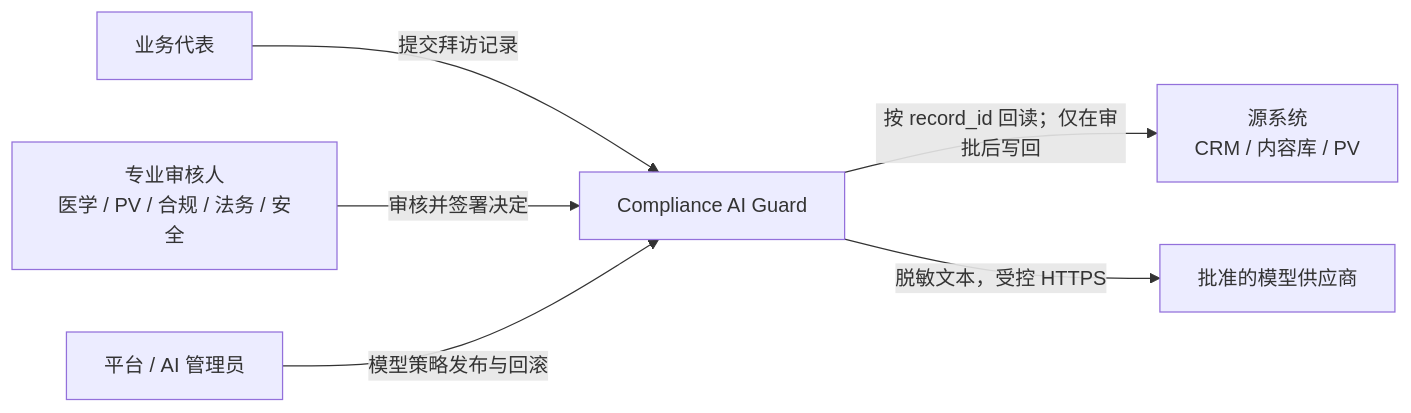
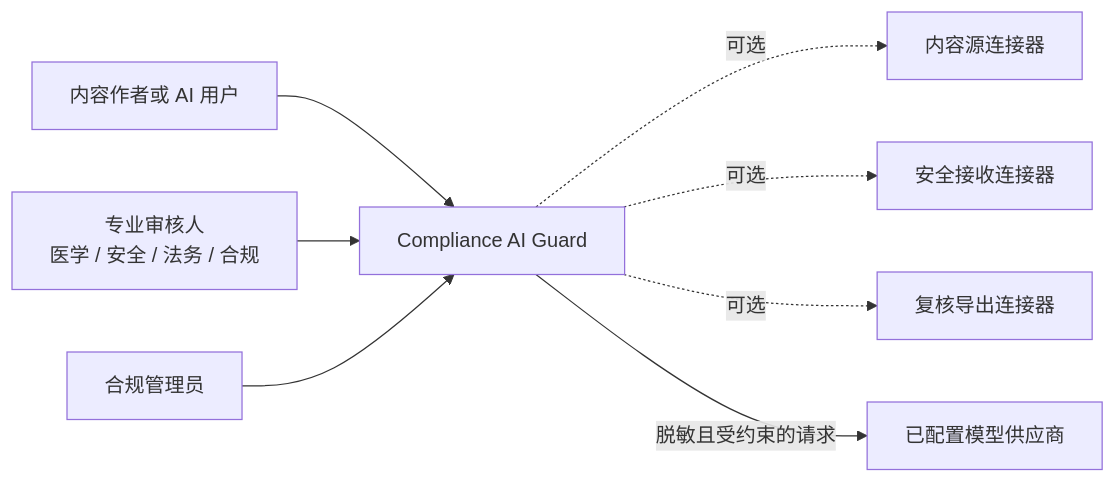
One commit to Minus77/Compliance-AI-Guard changed the first of 5 diagrams in docs/zh/architecture.md. Above: the diagram before and after it, drawn with Mermaid. The commit also changed other lines of this file and 13 other files, not shown here.

````diff
--- a/docs/zh/architecture.md
+++ b/docs/zh/architecture.md
@@ -22,8 +38,10 @@
 ```mermaid
 graph LR
-    REP["业务代表"] -->|提交拜访记录| GUARD["Compliance AI Guard"]
-    REV["专业审核人<br/>医学 / PV / 合规 / 法务 / 安全"] -->|审核并签署决定| GUARD
-    ADM["平台 / AI 管理员"] -->|模型策略发布与回滚| GUARD
-    GUARD -->|按 record_id 回读；仅在审批后写回| SRC["源系统<br/>CRM / 内容库 / PV"]
-    GUARD -->|脱敏文本，受控 HTTPS| PROVIDER["批准的模型供应商"]
+    AUTHOR["内容作者或 AI 用户"] --> GUARD["Compliance AI Guard"]
+    REV["专业审核人<br/>医学 / 安全 / 法务 / 合规"] --> GUARD
+    ADM["合规管理员"] --> GUARD
+    GUARD -. 可选 .-> SRC["内容源连接器"]
+    GUARD -. 可选 .-> SAFE["安全接收连接器"]
+    GUARD -. 可选 .-> EXPORT["复核导出连接器"]
+    GUARD -->|脱敏且受约束的请求| MODEL["已配置模型供应商"]
 ```
````
